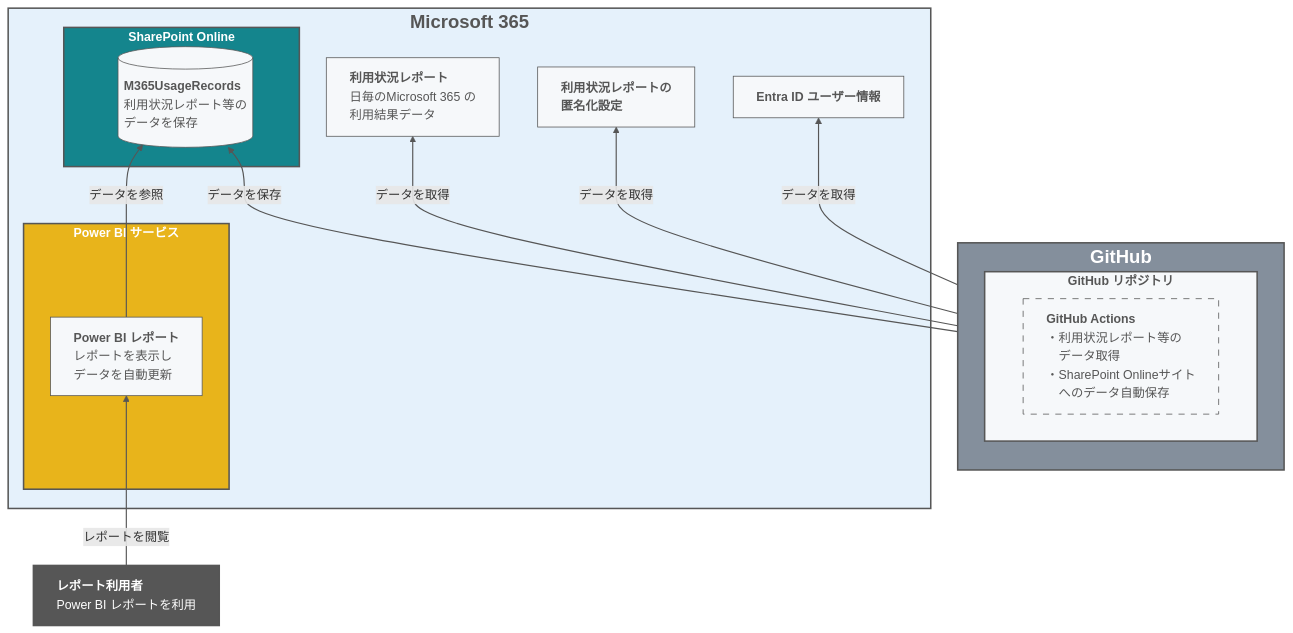
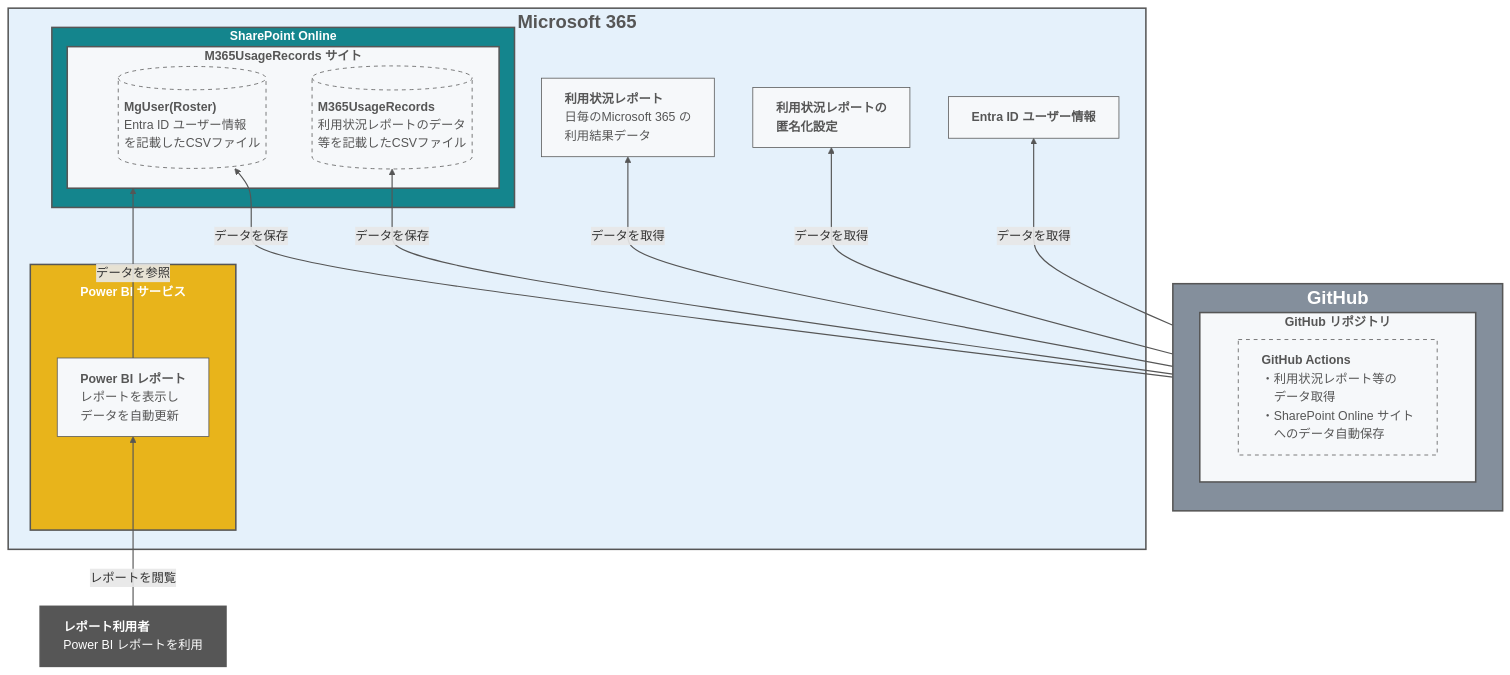
Before and after one commit to uchidayoko/ms-giga-usage-report: the diagram in README.md, drawn with Mermaid. The commit also changed other lines of this file and 131 other files, not shown here.

````diff
--- a/README.md
+++ b/README.md
@@ -58,52 +59,60 @@
 ```mermaid
 graph BT
     subgraph Microsoft365 ["<div style='font-size:24px;'><b>Microsoft 365</b></div>"]
         usageReport["<div style='text-align: left;'><b>利用状況レポート</b><br>日毎のMicrosoft 365 の<br>利用結果データ</div>"]
         style usageReport fill:#F6F8FA,stroke:#565656,stroke-width:1px,color:#565656
 
         usageReportSetting["<div style='text-align: left;'><b>利用状況レポートの<br>匿名化設定</b></div>"]
         style usageReportSetting fill:#F6F8FA,stroke:#565656,stroke-width:1px,color:#565656
 
         UserData["<div style='text-align: left;'><b>Entra ID ユーザー情報</b></div>"]
         style UserData fill:#F6F8FA,stroke:#565656,stroke-width:1px,color:#565656
 
         subgraph SharePoint ["<b>SharePoint Online</b>"]
-            usageRecords[("<div style='text-align: left;'><b>M365UsageRecords</b><br>利用状況レポート等の<br>データを保存</div>")]
-            style usageRecords fill:#F6F8FA,stroke:#565656,stroke-width:1px,color:#565656
+            subgraph SharePointSite ["<b>M365UsageRecords サイト</b>"]
+                roster[("<div style='text-align: left;'><b>MgUser(Roster)</b><br>Entra ID ユーザー情報<br>を記載したCSVファイル</div>")]
+                style roster fill:#F6F8FA,stroke:#565656,stroke-width:1px,stroke-dasharray:5,color:#565656
+
+                usageRecords[("<div style='text-align: left;'><b>M365UsageRecords</b><br>利用状況レポートのデータ<br>等を記載したCSVファイル</div>")]
+                style usageRecords fill:#F6F8FA,stroke:#565656,stroke-width:1px,stroke-dasharray:5,color:#565656
+            end
+            style SharePointSite fill:#F6F8FA,stroke:#565656,stroke-width:2px,color:#565656
         end
         style SharePoint fill:#14858d,stroke:#565656,stroke-width:2px,color:#fff
 
-        subgraph PowerBIService ["<b>Power BI サービス</b>"]
+        subgraph PowerBIService ["<b><br>Power BI サービス</b>"]
             powerBIReport["<div style='text-align: left;'><b>Power BI レポート</b><br>レポートを表示し<br>データを自動更新</div>"]
             style powerBIReport fill:#F6F8FA,stroke:#565656,stroke-width:1px,color:#565656
         end
         style PowerBIService fill:#e8b41b,stroke:#565656,stroke-width:2px,color:#fff
 
     end
     style Microsoft365 fill:#E5F1FB,stroke:#565656,stroke-width:2px,color:#565656
 
     subgraph GitHub ["<div style='font-size:24px;'><b>GitHub</b></div>"]
         subgraph githubRepo ["<b>GitHub リポジトリ</b>"]
-            githubActions["<div style='text-align: left;'><b>GitHub Actions</b><br>・利用状況レポート等の<br>　データ取得<br>・SharePoint Onlineサイト<br>　へのデータ自動保存</div>"]
-            style githubActions fill:#F6F8FA,stroke:#565656,stroke-width:1px,stroke-dasharray:8,color:#565656
+            githubActions["<div style='text-align: left;'><b>GitHub Actions</b><br>・利用状況レポート等の<br>　データ取得<br>・SharePoint Online サイト<br>　へのデータ自動保存</div>"]
+            style githubActions fill:#F6F8FA,stroke:#565656,stroke-width:1px,stroke-dasharray:5,color:#565656
         end
         style githubRepo fill:#F6F8FA,stroke:#565656,stroke-width:2px,color:#565656
     end
     style GitHub fill:#848F9C,stroke:#565656,stroke-width:2px,color:#fff
 
     user["<div style='text-align: left;'><b>レポート利用者</b><br>Power BI レポートを利用</div>"]
     style user fill:#565656,stroke:#565656,stroke-width:2px,color:#fff
 
+    powerBIReport -->|データを参照| SharePointSite
     GitHub -->|データを取得| usageReport
     GitHub -->|データを取得| usageReportSetting
     GitHub -->|データを取得| UserData
     GitHub -->|データを保存| usageRecords
-    powerBIReport -->|データを参照| usageRecords
+    GitHub -->|データを保存| roster
     user -->|レポートを閲覧| powerBIReport
     linkStyle 0 stroke:#565656, stroke-width:1.5px;
     linkStyle 1 stroke:#565656, stroke-width:1.5px;
     linkStyle 2 stroke:#565656, stroke-width:1.5px;
     linkStyle 3 stroke:#565656, stroke-width:1.5px;
     linkStyle 4 stroke:#565656, stroke-width:1.5px;
     linkStyle 5 stroke:#565656, stroke-width:1.5px;
+    linkStyle 6 stroke:#565656, stroke-width:1.5px;
 ```
````
